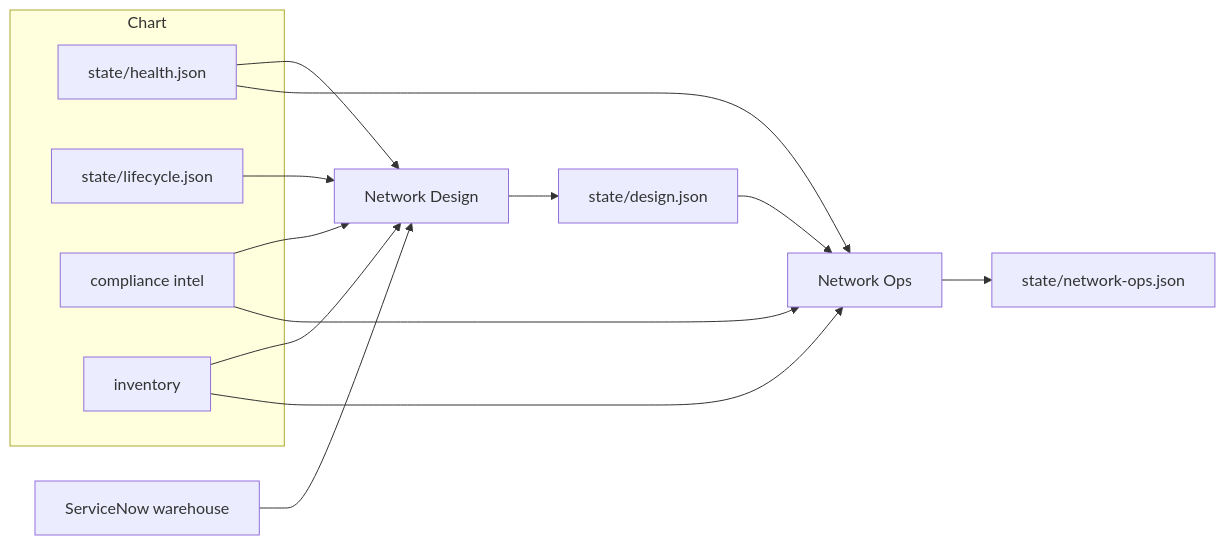
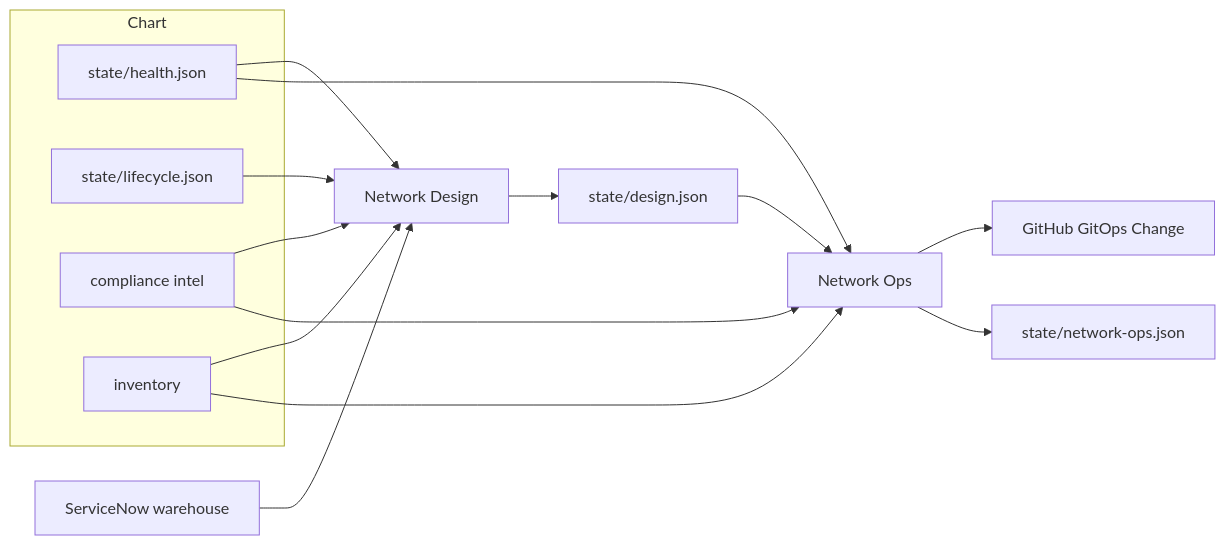
One commit to Presidio-Federal/ai-studio-netops changed the diagram in documentation/change-and-test-agents.md. Above: the diagram before and after it, drawn with Mermaid. The commit also changed other lines of this file and 13 other files, not shown here.

````diff
--- a/documentation/change-and-test-agents.md
+++ b/documentation/change-and-test-agents.md
@@ -12,25 +12,27 @@
 ```mermaid
 flowchart LR
   subgraph chart [Chart]
     Health[state/health.json]
     Life[state/lifecycle.json]
     Comp[compliance intel]
     Inv[inventory]
   end
   ND[Network Design]
   Ops[Network Ops]
+  GitOps[GitHub GitOps Change]
   SNOW[ServiceNow warehouse]
   DesignState[state/design.json]
   OpsState[state/network-ops.json]
   Health --> ND
   Life --> ND
   Comp --> ND
   Inv --> ND
   SNOW --> ND
   ND --> DesignState
   Health --> Ops
   Comp --> Ops
   Inv --> Ops
   DesignState --> Ops
+  Ops --> GitOps
   Ops --> OpsState
 ```
````
